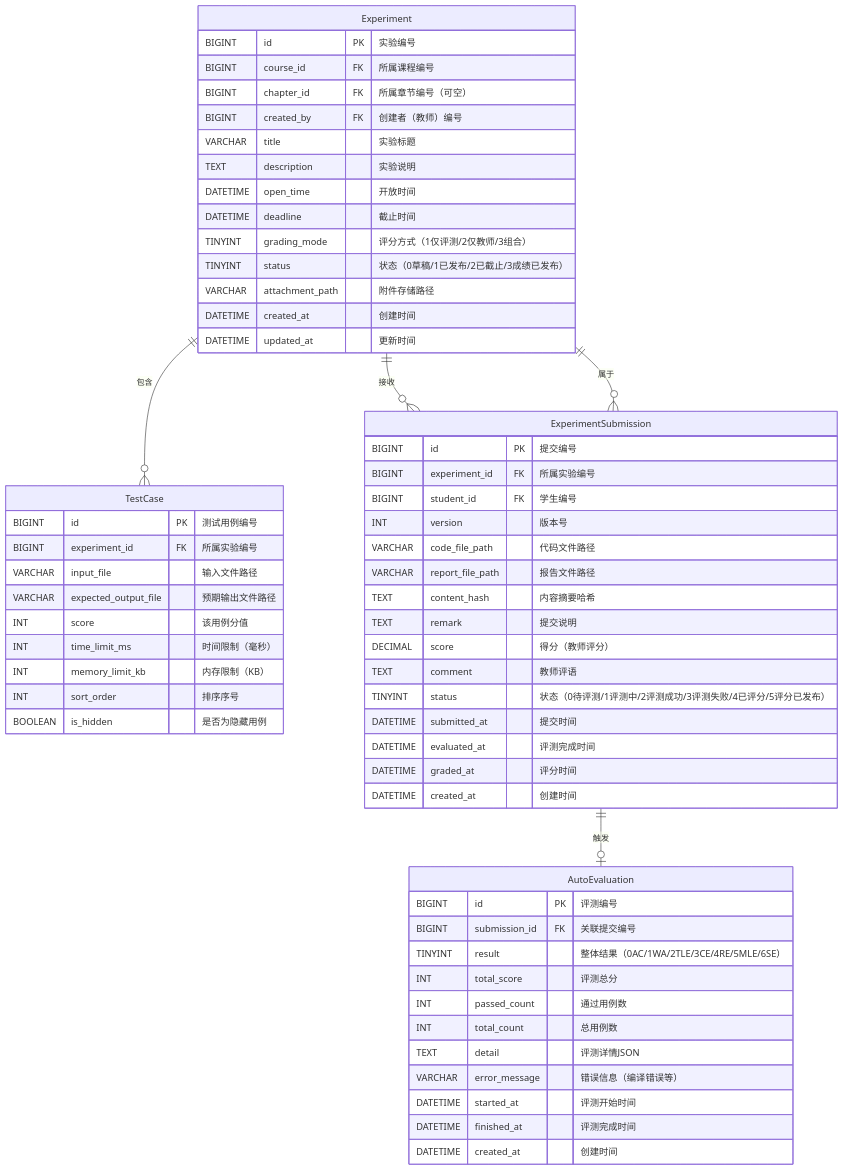
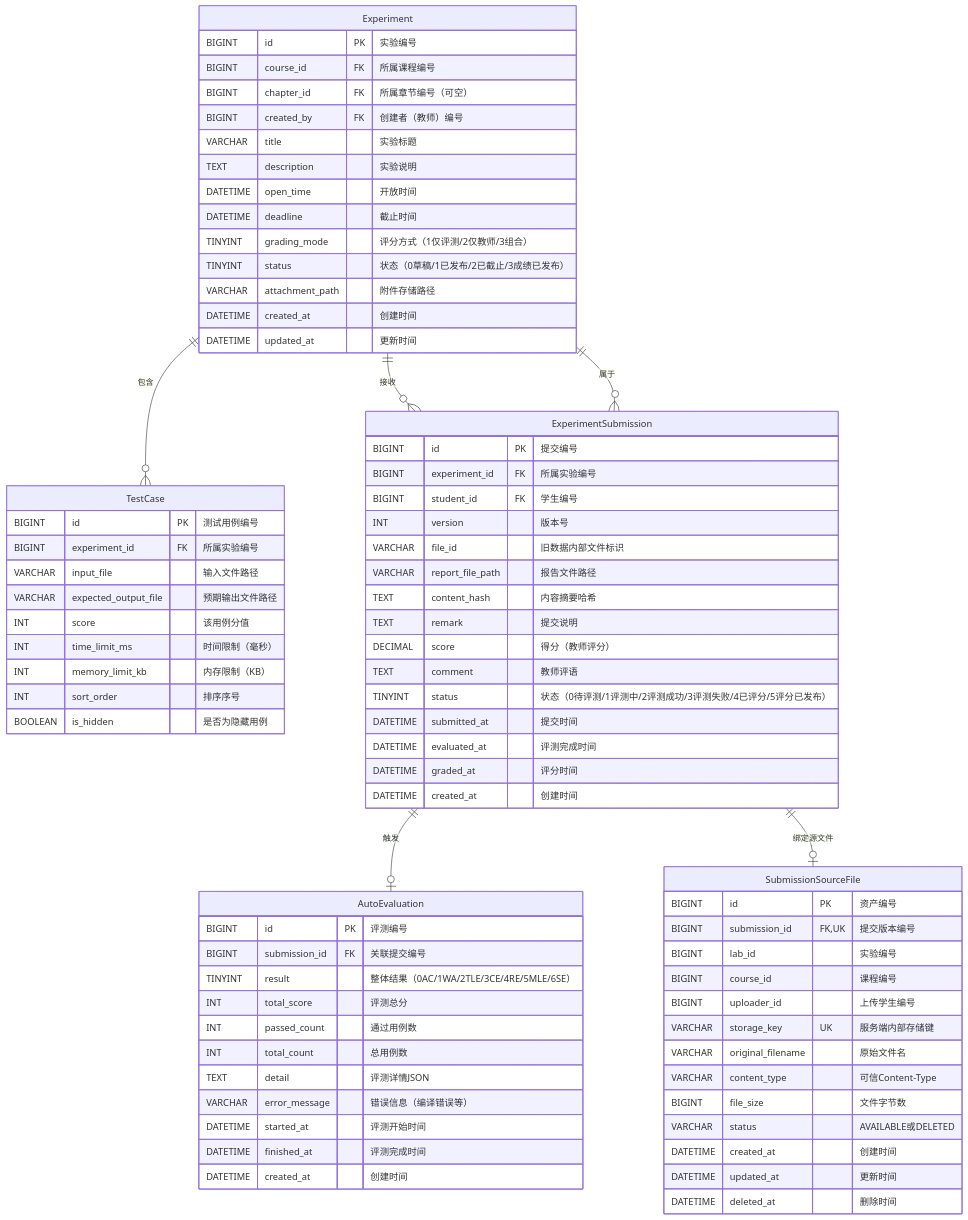
The ninth of 9 diagrams in docs/过程/概要/概要设计说明书（完整协作底稿）—实训模块.md (Cr4zyorange/OnlineJudge), drawn with Mermaid before and after one commit. The commit also changed other lines of this file and 13 other files, not shown here.

Commit message:
docs(lab): synchronize source download contract

````diff
--- a/docs/过程/概要/概要设计说明书（完整协作底稿）—实训模块.md
+++ b/docs/过程/概要/概要设计说明书（完整协作底稿）—实训模块.md
@@ -1638,6 +1639,7 @@
     Experiment ||--o{ TestCase : "包含"
     Experiment ||--o{ ExperimentSubmission : "接收"
     ExperimentSubmission ||--o| AutoEvaluation : "触发"
+    ExperimentSubmission ||--o| SubmissionSourceFile : "绑定源文件"
     ExperimentSubmission }o--|| Experiment : "属于"
 
     Experiment {
@@ -1673,7 +1675,7 @@
         BIGINT experiment_id FK "所属实验编号"
         BIGINT student_id FK "学生编号"
         INT version "版本号"
-        VARCHAR code_file_path "代码文件路径"
+        VARCHAR file_id "旧数据内部文件标识"
         VARCHAR report_file_path "报告文件路径"
         TEXT content_hash "内容摘要哈希"
         TEXT remark "提交说明"
@@ -1699,4 +1701,20 @@
         DATETIME finished_at "评测完成时间"
         DATETIME created_at "创建时间"
     }
+
+    SubmissionSourceFile {
+        BIGINT id PK "资产编号"
+        BIGINT submission_id FK,UK "提交版本编号"
+        BIGINT lab_id "实验编号"
+        BIGINT course_id "课程编号"
+        BIGINT uploader_id "上传学生编号"
+        VARCHAR storage_key UK "服务端内部存储键"
+        VARCHAR original_filename "原始文件名"
+        VARCHAR content_type "可信Content-Type"
+        BIGINT file_size "文件字节数"
+        VARCHAR status "AVAILABLE或DELETED"
+        DATETIME created_at "创建时间"
+        DATETIME updated_at "更新时间"
+        DATETIME deleted_at "删除时间"
+    }
 ```
````
